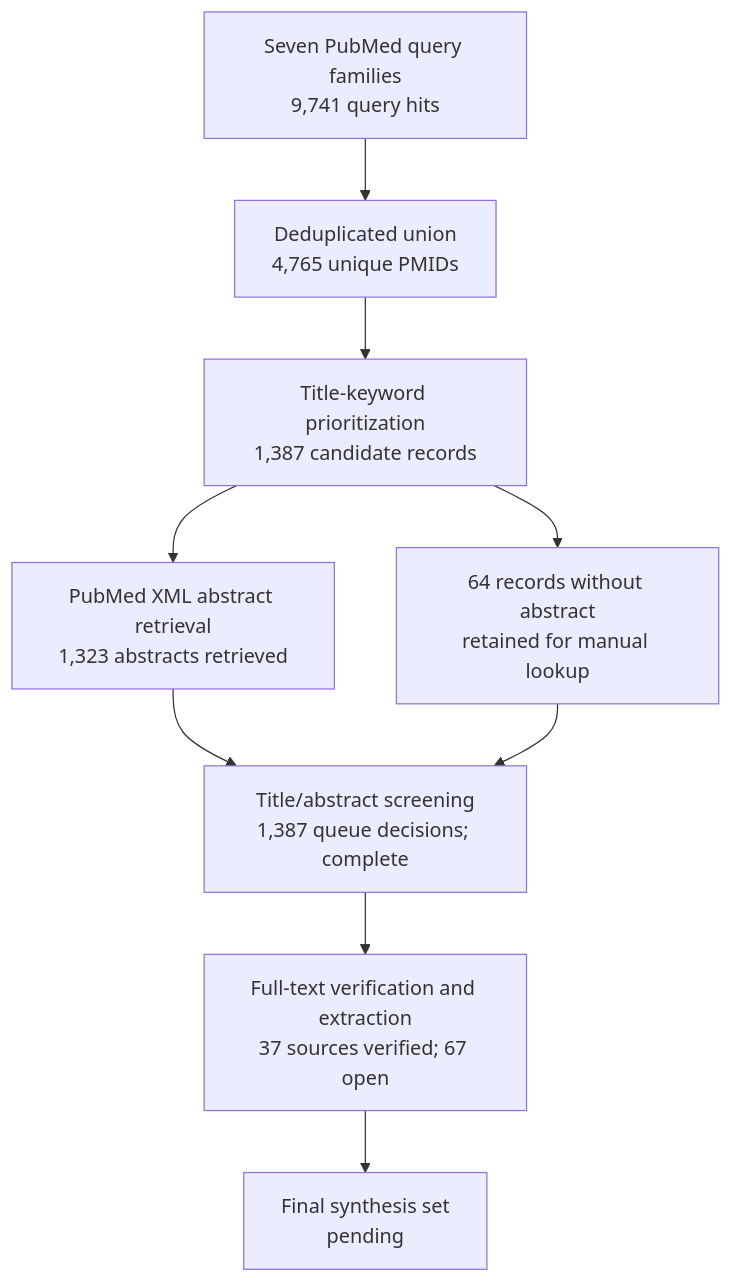
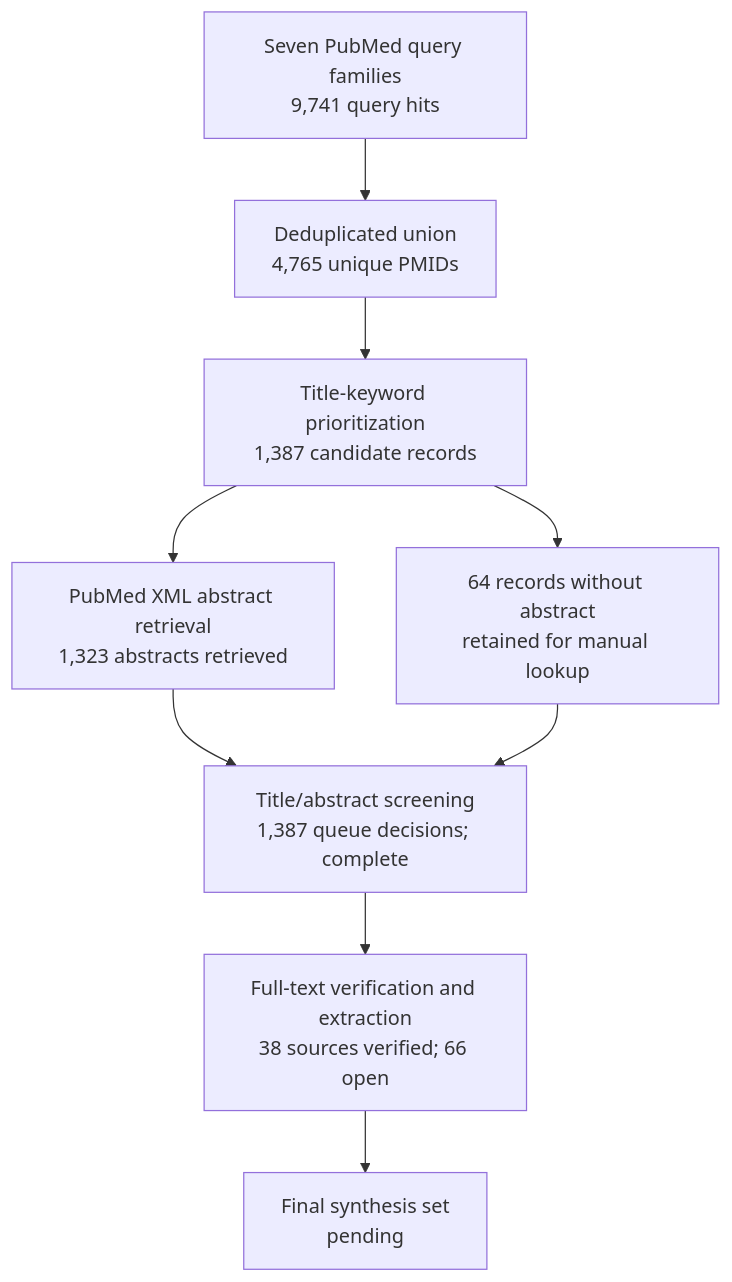
Before and after one commit to dcmcshan/artemisia: the diagram in manuscript/review-flow.md, drawn with Mermaid. The commit also changed other lines of this file and 11 other files, not shown here.

````diff
--- a/manuscript/review-flow.md
+++ b/manuscript/review-flow.md
@@ -5,11 +5,11 @@
 ```mermaid
 flowchart TB
   Q[Seven PubMed query families<br/>9,741 query hits] --> U[Deduplicated union<br/>4,765 unique PMIDs]
   U --> T[Title-keyword prioritization<br/>1,387 candidate records]
   T --> A[PubMed XML abstract retrieval<br/>1,323 abstracts retrieved]
   T --> N[64 records without abstract<br/>retained for manual lookup]
   A --> M[Title/abstract screening<br/>1,387 queue decisions; complete]
   N --> M
-  M --> F[Full-text verification and extraction<br/>37 sources verified; 67 open]
+  M --> F[Full-text verification and extraction<br/>38 sources verified; 66 open]
   F --> S[Final synthesis set<br/>pending]
 ```
````
